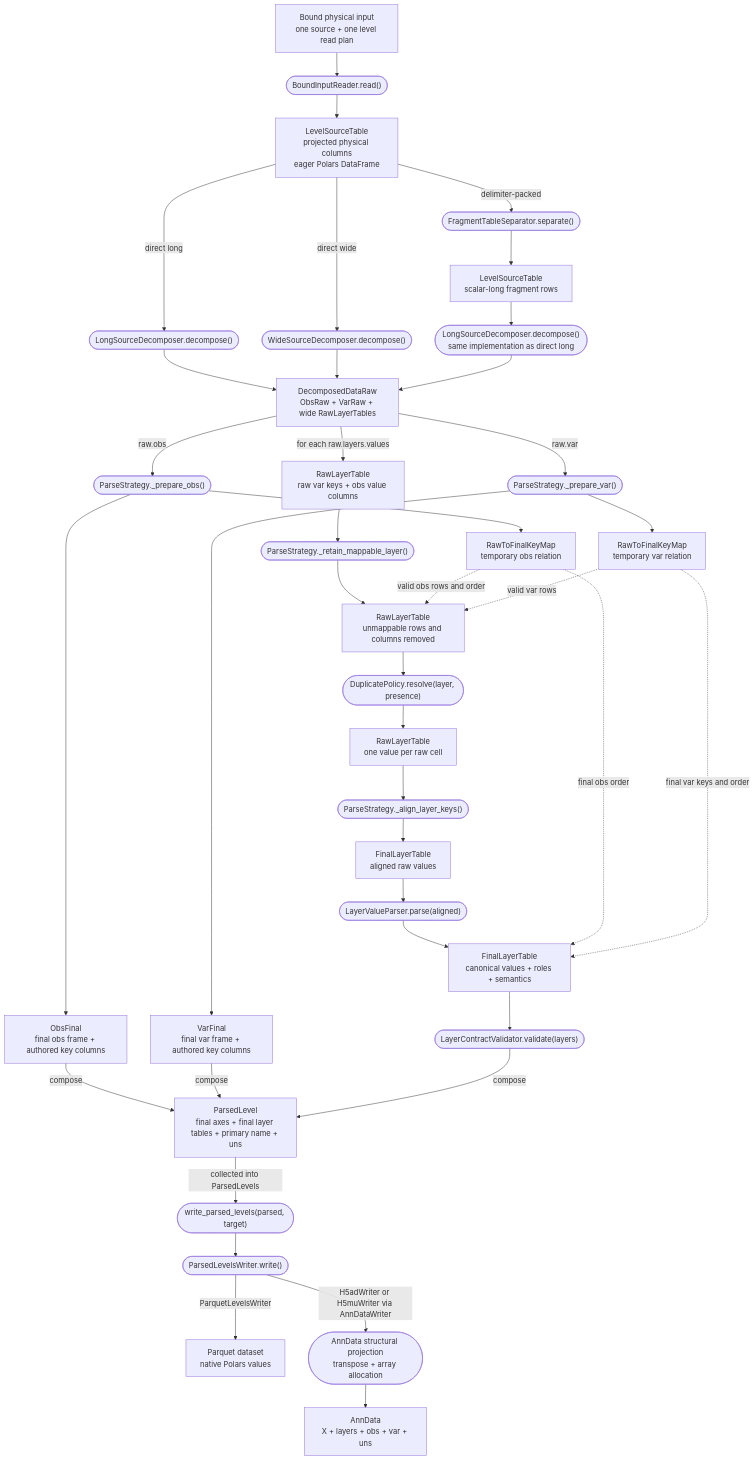
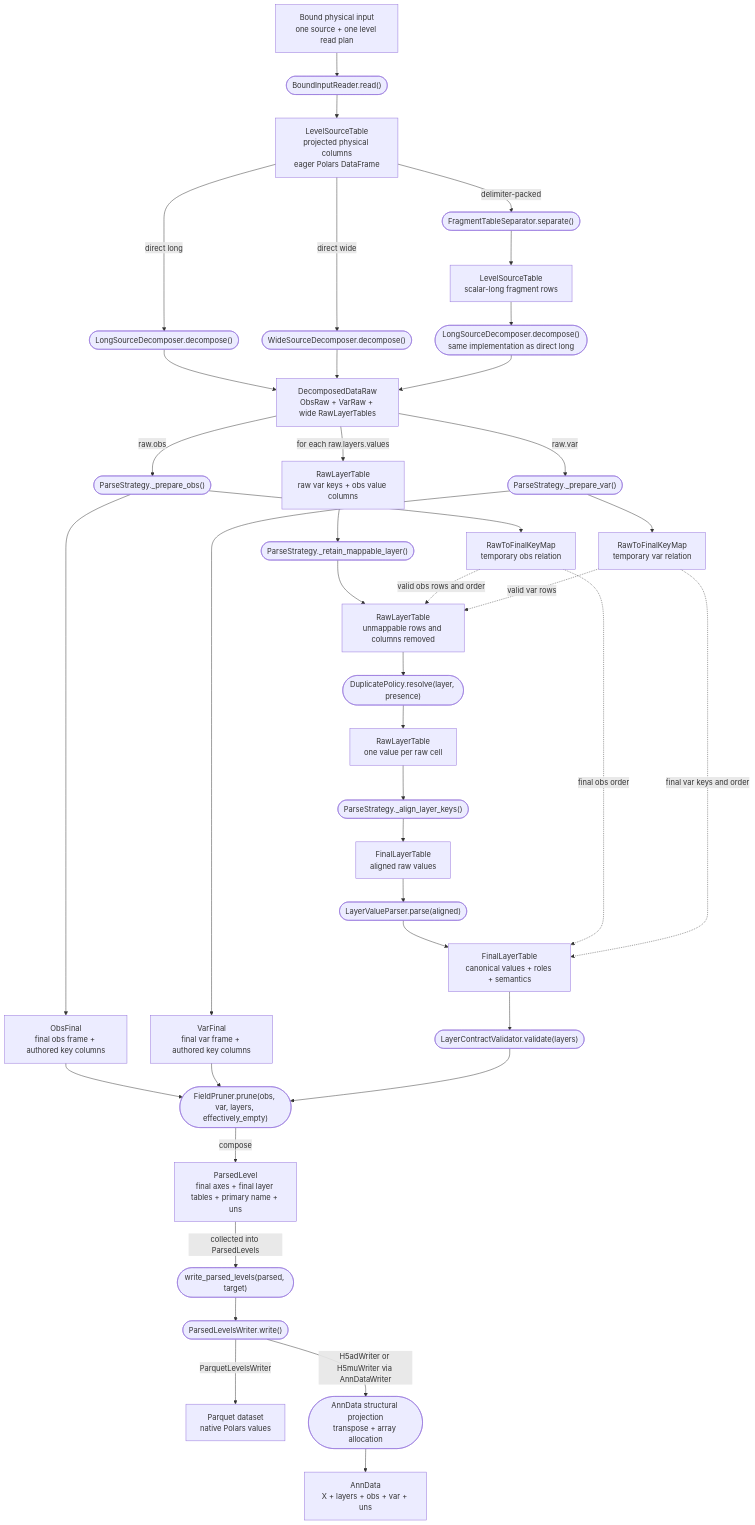
Before and after one commit to anndata-omics-bridge/apb2: the first of 4 diagrams in docs/architecture_converter.md, drawn with Mermaid. The commit also changed other lines of this file and 11 other files, not shown here.

````diff
--- a/docs/architecture_converter.md
+++ b/docs/architecture_converter.md
@@ -164,57 +164,58 @@
 ```mermaid
 flowchart TB
     BOUND["Bound physical input<br/>one source + one level read plan"]
     READ(["BoundInputReader.read()"])
     SOURCE["LevelSourceTable<br/>projected physical columns<br/>eager Polars DataFrame"]
     LONG(["LongSourceDecomposer.decompose()"])
     WIDE(["WideSourceDecomposer.decompose()"])
     SEP(["FragmentTableSeparator.separate()"])
     SCALAR["LevelSourceTable<br/>scalar-long fragment rows"]
     REUSE(["LongSourceDecomposer.decompose()<br/>same implementation as direct long"])
     RAW["DecomposedDataRaw<br/>ObsRaw + VarRaw + wide RawLayerTables"]
     PREPO(["ParseStrategy._prepare_obs()"])
     PREPV(["ParseStrategy._prepare_var()"])
     OBS["ObsFinal<br/>final obs frame + authored key columns"]
     VAR["VarFinal<br/>final var frame + authored key columns"]
     OMAP["RawToFinalKeyMap<br/>temporary obs relation"]
     VMAP["RawToFinalKeyMap<br/>temporary var relation"]
     RAWL["RawLayerTable<br/>raw var keys + obs value columns"]
     FILTER(["ParseStrategy._retain_mappable_layer()"])
     MAPL["RawLayerTable<br/>unmappable rows and columns removed"]
     DEDUPOP(["DuplicatePolicy.resolve(layer, presence)"])
     DEDUP["RawLayerTable<br/>one value per raw cell"]
     ALIGN(["ParseStrategy._align_layer_keys()"])
     ALIGNED["FinalLayerTable<br/>aligned raw values"]
     VALUES(["LayerValueParser.parse(aligned)"])
     LFINAL["FinalLayerTable<br/>canonical values + roles + semantics"]
     VALIDATE(["LayerContractValidator.validate(layers)"])
+    PRUNE(["FieldPruner.prune(obs, var, layers, effectively_empty)"])
     RESULT["ParsedLevel<br/>final axes + final layer tables + primary name + uns"]
     CONVERT(["write_parsed_levels(parsed, target)"])
     WRITER(["ParsedLevelsWriter.write()"])
     PARQUET["Parquet dataset<br/>native Polars values"]
     ENCODE(["AnnData structural projection<br/>transpose + array allocation"])
     ADATA["AnnData<br/>X + layers + obs + var + uns"]
 
     BOUND --> READ --> SOURCE
     SOURCE -->|"direct long"| LONG --> RAW
     SOURCE -->|"direct wide"| WIDE --> RAW
     SOURCE -->|"delimiter-packed"| SEP --> SCALAR --> REUSE --> RAW
     RAW -->|"raw.obs"| PREPO --> OBS
     PREPO --> OMAP
     RAW -->|"raw.var"| PREPV --> VAR
     PREPV --> VMAP
     RAW -->|"for each raw.layers.values"| RAWL
     RAWL --> FILTER --> MAPL
     OMAP -.->|"valid obs rows and order"| MAPL
     VMAP -.->|"valid var rows"| MAPL
     MAPL --> DEDUPOP --> DEDUP
     DEDUP --> ALIGN --> ALIGNED --> VALUES --> LFINAL
     OMAP -.->|"final obs order"| LFINAL
     VMAP -.->|"final var keys and order"| LFINAL
-    OBS -->|"compose"| RESULT
-    VAR -->|"compose"| RESULT
-    LFINAL --> VALIDATE -->|"compose"| RESULT
+    OBS --> PRUNE
+    VAR --> PRUNE
+    LFINAL --> VALIDATE --> PRUNE -->|"compose"| RESULT
     RESULT -->|"collected into ParsedLevels"| CONVERT --> WRITER
     WRITER -->|"ParquetLevelsWriter"| PARQUET
     WRITER -->|"H5adWriter or H5muWriter via AnnDataWriter"| ENCODE --> ADATA
 ```
````
